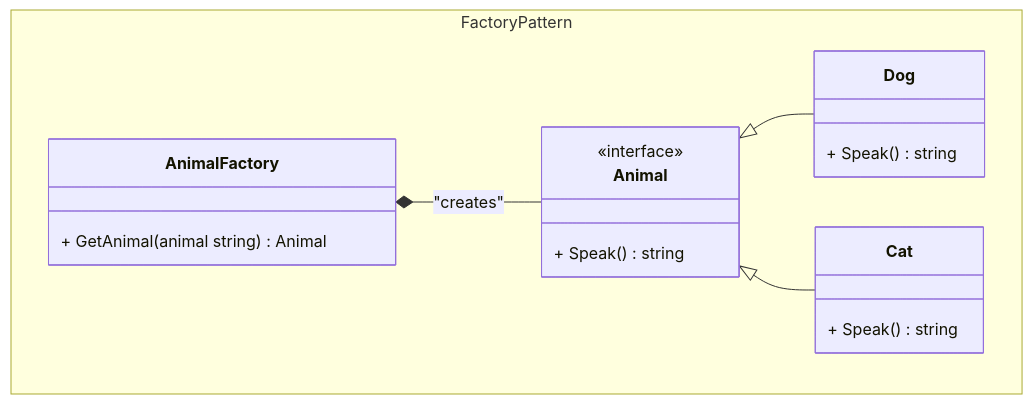
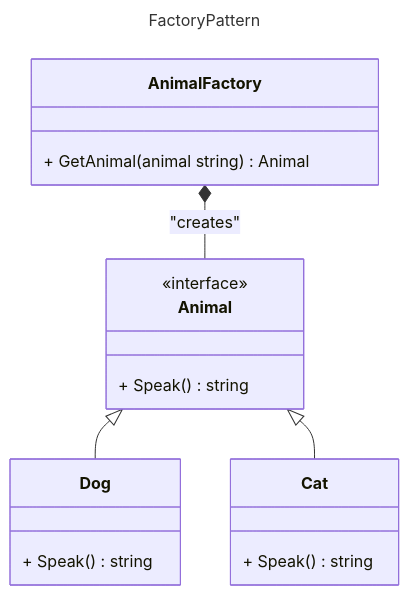
The second of 7 diagrams in README.md (akhiltn/design-patterns-golang), drawn with Mermaid before and after one commit. The commit also changed other lines of this file and 2 other files, not shown here.

Commit message:
improvements of mermaid and decorator

````diff
--- a/README.md
+++ b/README.md
@@ -22,27 +20,28 @@
 ```mermaid
+---
+title: FactoryPattern
+---
 classDiagram
 
     AnimalFactory *-- Animal : "creates"
     Animal <|-- Dog
     Animal <|-- Cat
 
 
-namespace FactoryPattern{
     class Animal {
         <<interface>>
         + Speak() string
     }
 
     class Dog {
         + Speak() string
     }
 
     class Cat {
         + Speak() string
     }
 
     class AnimalFactory {
         + GetAnimal(animal string) Animal
     }
-}
 ```
````
